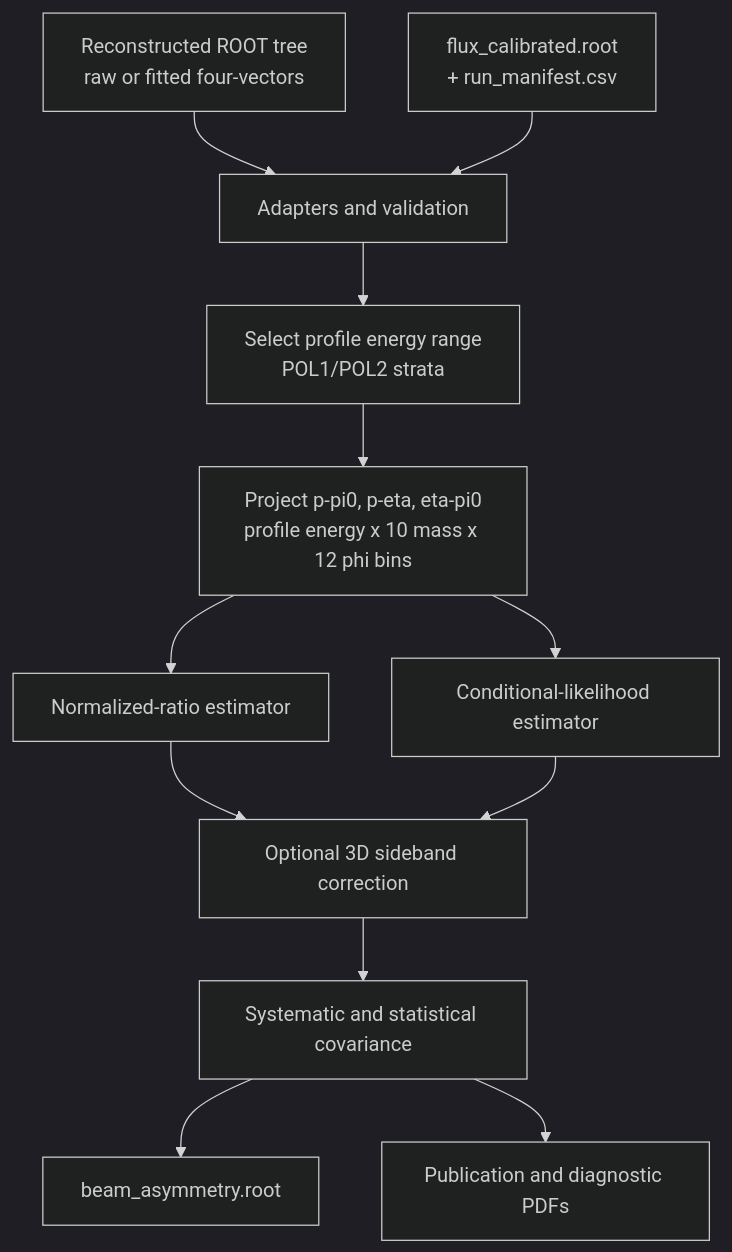
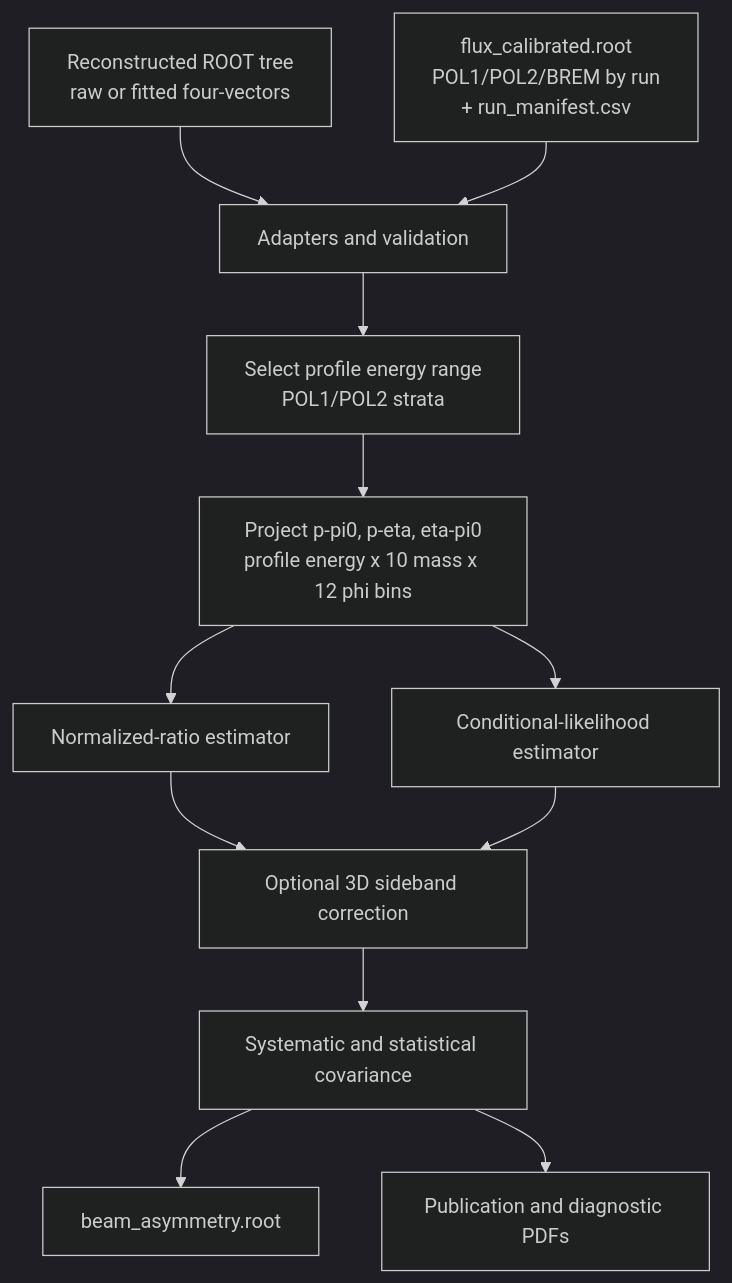
Before and after one commit to AntoninoFulci/GRAAL_Analysis: the diagram in wiki/07-observable-extraction.md, drawn with Mermaid (dark theme). The commit also changed other lines of this file and 60 other files, not shown here.

First line of the commit message:
Add comprehensive tests for beam asymmetry, figure comparisons, and photon flux

````diff
--- a/wiki/07-observable-extraction.md
+++ b/wiki/07-observable-extraction.md
@@ -9,24 +13,24 @@
 ```mermaid
 flowchart TB
     E["Reconstructed ROOT tree<br/>raw or fitted four-vectors"]
-    X["flux_calibrated.root<br/>+ run_manifest.csv"]
+    X["flux_calibrated.root<br/>POL1/POL2/BREM by run<br/>+ run_manifest.csv"]
     A["Adapters and validation"]
     B["Select profile energy range<br/>POL1/POL2 strata"]
     K["Project p-pi0, p-eta, eta-pi0<br/>profile energy x 10 mass x 12 phi bins"]
     R["Normalized-ratio estimator"]
     L["Conditional-likelihood estimator"]
     C["Optional 3D sideband correction"]
     S["Systematic and statistical covariance"]
     O["beam_asymmetry.root"]
     P["Publication and diagnostic PDFs"]
     E --> A
     X --> A
     A --> B --> K
     K --> R
     K --> L
     R --> C
     L --> C
     C --> S
     S --> O
     S --> P
 ```
````
